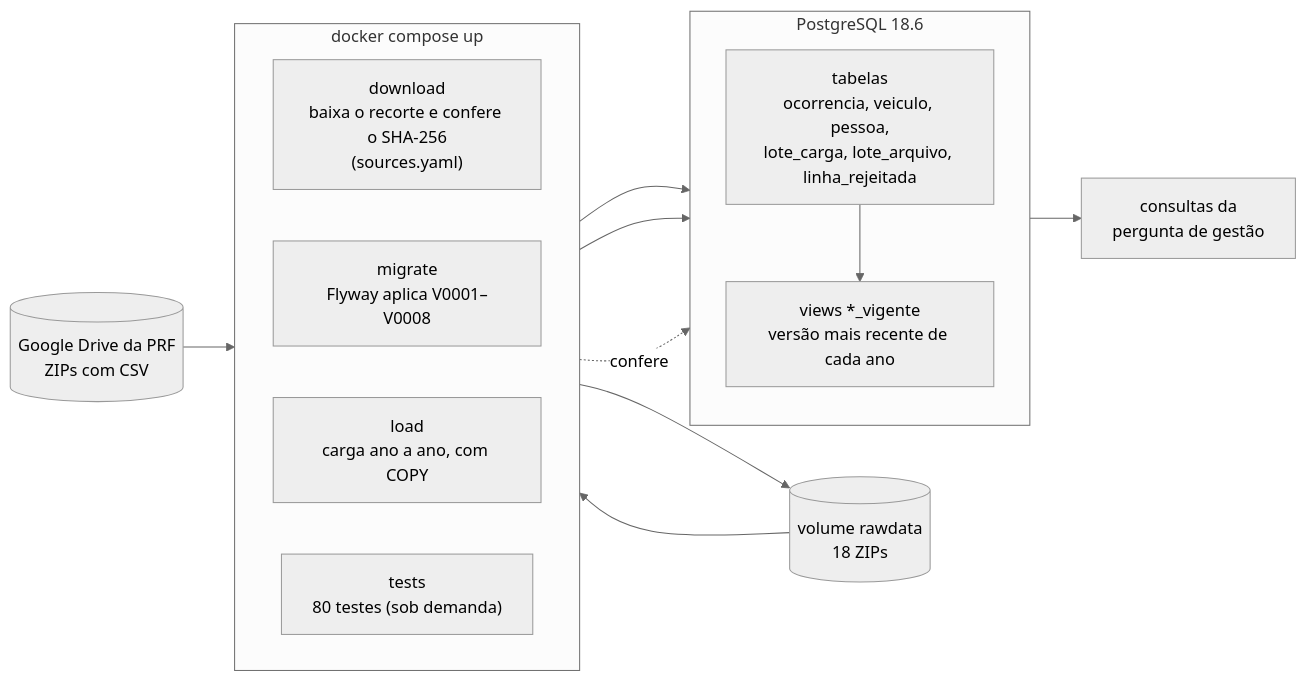
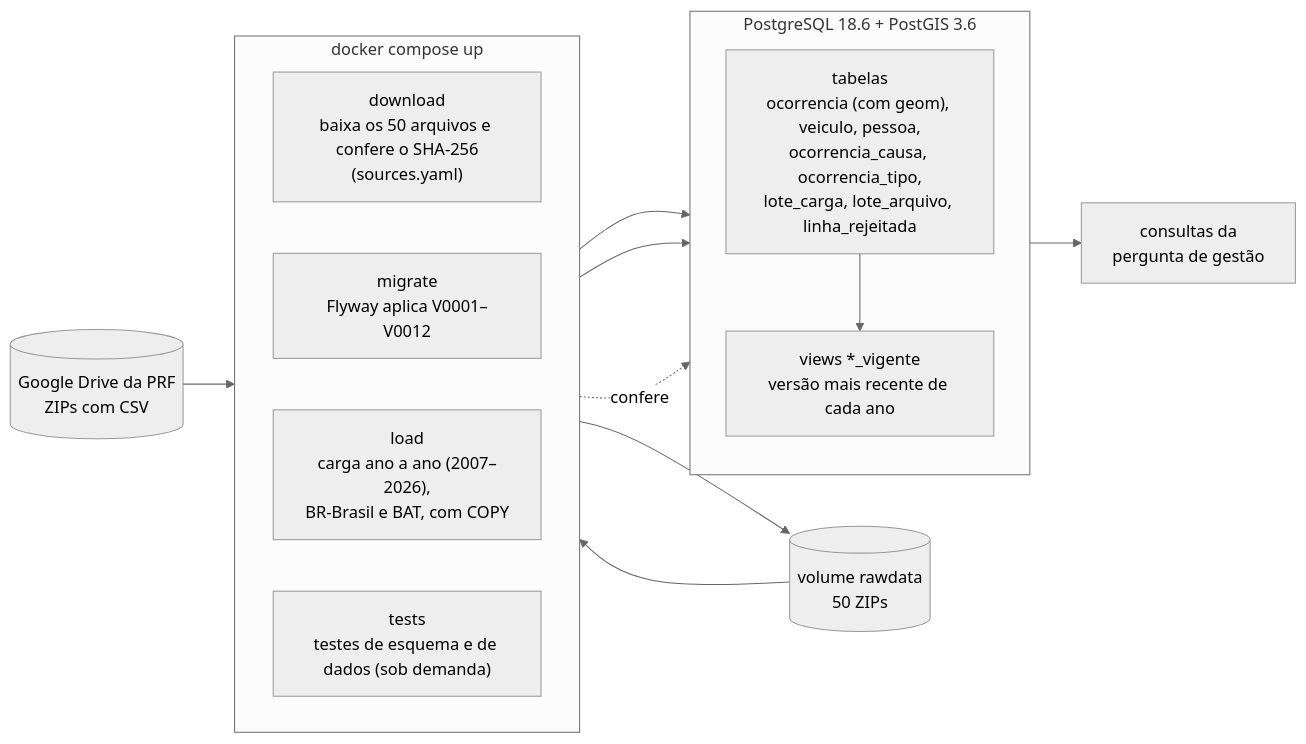
The first of 6 diagrams in docs/arquitetura-e-modelos.md (cibelinda/Engenharia-Dados-Seguranca-Viaria), drawn with Mermaid (neutral theme) before and after one commit. The commit also changed other lines of this file, not shown here.

Commit message:
docs: diagramas com PostGIS, tabelas novas e dataset completo

````diff
--- a/docs/arquitetura-e-modelos.md
+++ b/docs/arquitetura-e-modelos.md
@@ -25,25 +27,25 @@
 ```mermaid
 flowchart LR
     PRF[("Google Drive da PRF<br/>ZIPs com CSV")]
     subgraph compose["docker compose up"]
         direction LR
-        DL["download<br/>baixa o recorte e confere o SHA-256<br/>(sources.yaml)"]
-        MIG["migrate<br/>Flyway aplica V0001–V0008"]
-        LOAD["load<br/>carga ano a ano, com COPY"]
-        TESTS["tests<br/>80 testes (sob demanda)"]
+        DL["download<br/>baixa os 50 arquivos e confere o SHA-256<br/>(sources.yaml)"]
+        MIG["migrate<br/>Flyway aplica V0001–V0012"]
+        LOAD["load<br/>carga ano a ano (2007–2026),<br/>BR-Brasil e BAT, com COPY"]
+        TESTS["tests<br/>testes de esquema e de dados (sob demanda)"]
     end
-    RAW[("volume rawdata<br/>18 ZIPs")]
-    subgraph pg["PostgreSQL 18.6"]
+    RAW[("volume rawdata<br/>50 ZIPs")]
+    subgraph pg["PostgreSQL 18.6 + PostGIS 3.6"]
         direction TB
-        TAB["tabelas<br/>ocorrencia, veiculo, pessoa,<br/>lote_carga, lote_arquivo, linha_rejeitada"]
+        TAB["tabelas<br/>ocorrencia (com geom), veiculo, pessoa,<br/>ocorrencia_causa, ocorrencia_tipo,<br/>lote_carga, lote_arquivo, linha_rejeitada"]
         VIEW["views *_vigente<br/>versão mais recente de cada ano"]
         TAB --> VIEW
     end
     Q["consultas da<br/>pergunta de gestão"]
 
     PRF --> DL --> RAW --> LOAD
     MIG --> TAB
     LOAD --> TAB
     VIEW --> Q
     TESTS -.confere.-> pg
 ```
````
